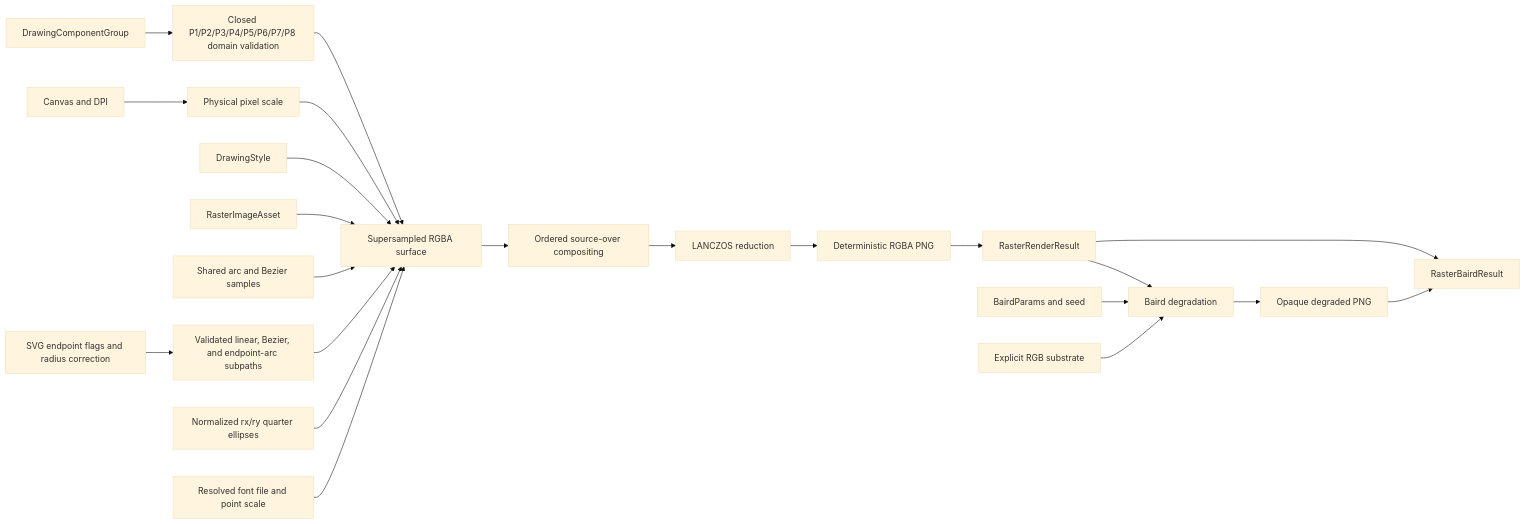
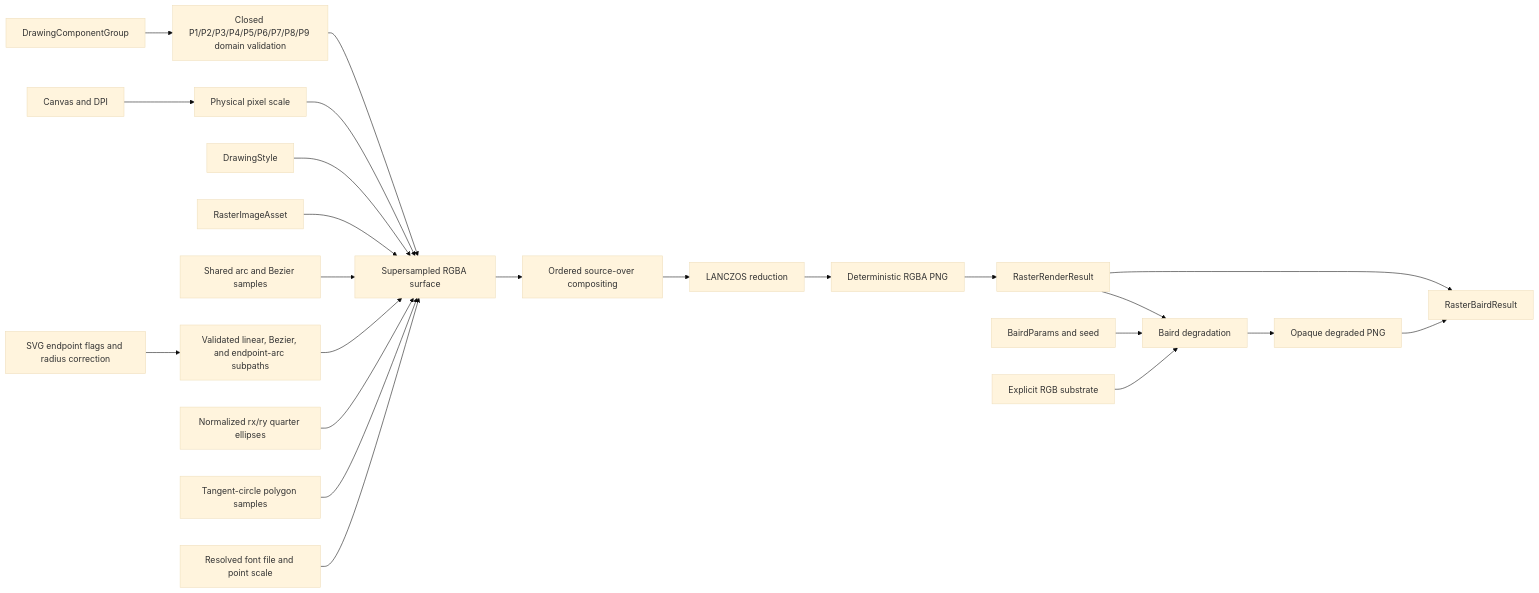
Before and after one commit to cmill32405/InkGen: the diagram in docs/diagrams/raster-renderer.mmd, drawn with Mermaid (base theme). The commit also changed 31 other files, not shown here.

Commit message:
Add rounded regular polygon rendering

```diff
--- a/docs/diagrams/raster-renderer.mmd
+++ b/docs/diagrams/raster-renderer.mmd
@@ -1,22 +1,23 @@
 flowchart LR
-    Group[DrawingComponentGroup] --> Validate[Closed P1/P2/P3/P4/P5/P6/P7/P8 domain validation]
+    Group[DrawingComponentGroup] --> Validate[Closed P1/P2/P3/P4/P5/P6/P7/P8/P9 domain validation]
     Canvas[Canvas and DPI] --> Scale[Physical pixel scale]
     Validate --> Surface[Supersampled RGBA surface]
     Scale --> Surface
     Style[DrawingStyle] --> Surface
     Assets[RasterImageAsset] --> Surface
     Curves[Shared arc and Bezier samples] --> Surface
     Paths[Validated linear, Bezier, and endpoint-arc subpaths] --> Surface
     ArcFlags[SVG endpoint flags and radius correction] --> Paths
     Rounded[Normalized rx/ry quarter ellipses] --> Surface
+    RoundedPolygon[Tangent-circle polygon samples] --> Surface
     Font[Resolved font file and point scale] --> Surface
     Surface --> Composite[Ordered source-over compositing]
     Composite --> Reduce[LANCZOS reduction]
     Reduce --> PNG[Deterministic RGBA PNG]
     PNG --> Result[RasterRenderResult]
     Result --> Pair[RasterBairdResult]
     Result --> Baird[Baird degradation]
     Params[BairdParams and seed] --> Baird
     Substrate[Explicit RGB substrate] --> Baird
     Baird --> Scan[Opaque degraded PNG]
     Scan --> Pair
```
